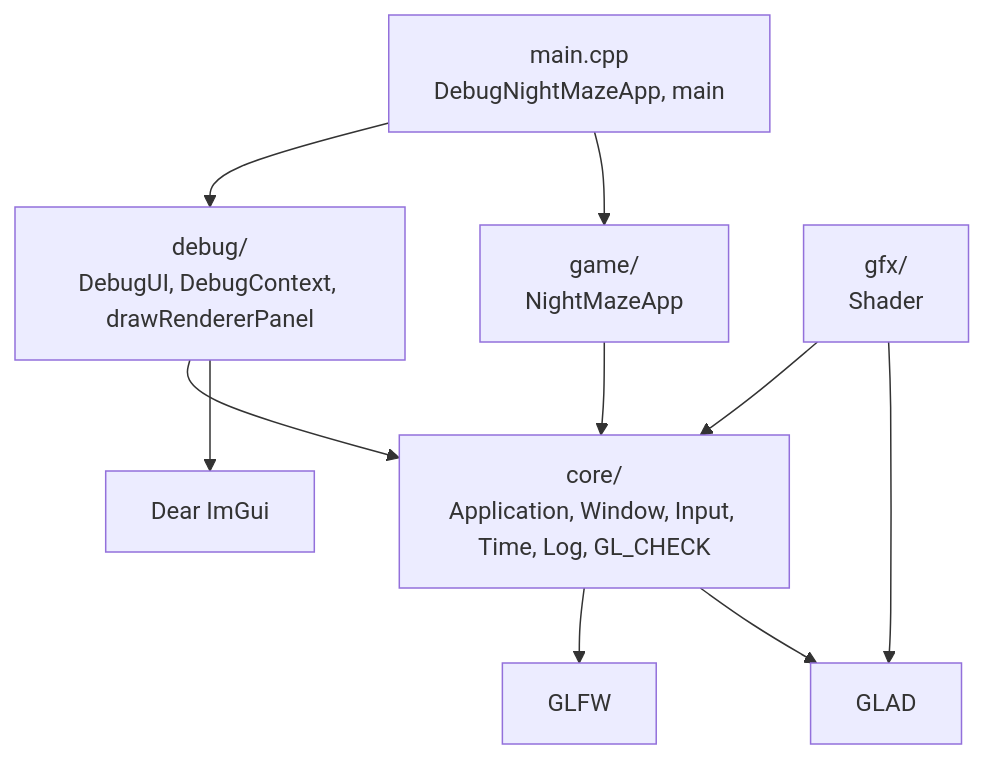
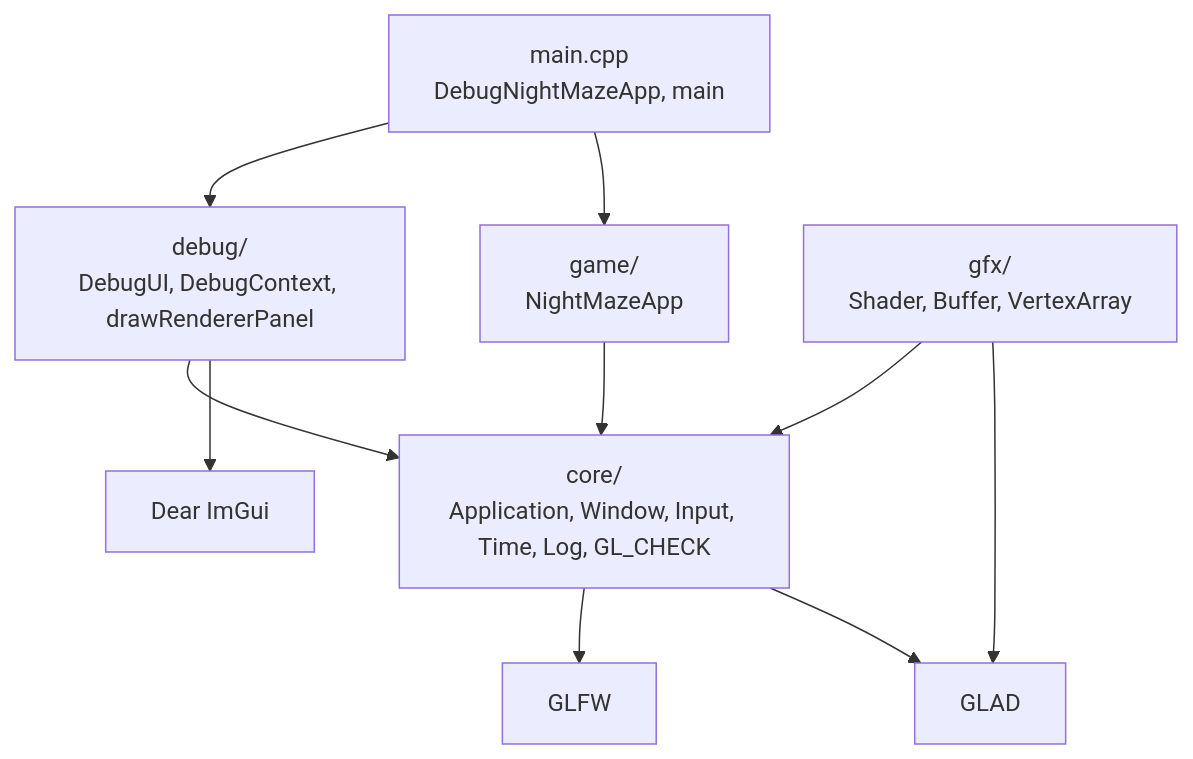
The first of 3 diagrams in docs/modules/core/README.md (Shironex/night-maze), drawn with Mermaid before and after one commit. The commit also changed other lines of this file and 13 other files, not shown here.

First line of the commit message:
feat(gfx): add Buffer and VertexArray

````diff
--- a/docs/modules/core/README.md
+++ b/docs/modules/core/README.md
@@ -44,12 +44,12 @@
 ```mermaid
 flowchart TD
     Main["main.cpp<br/>DebugNightMazeApp, main"] --> Debug["debug/<br/>DebugUI, DebugContext, drawRendererPanel"]
     Main --> Game["game/<br/>NightMazeApp"]
     Debug --> Core["core/<br/>Application, Window, Input, Time, Log, GL_CHECK"]
     Game --> Core
-    Gfx["gfx/<br/>Shader"] --> Core
+    Gfx["gfx/<br/>Shader, Buffer, VertexArray"] --> Core
     Debug --> ImGui["Dear ImGui"]
     Core --> Glfw["GLFW"]
     Core --> Glad["GLAD"]
     Gfx --> Glad
 ```
````
